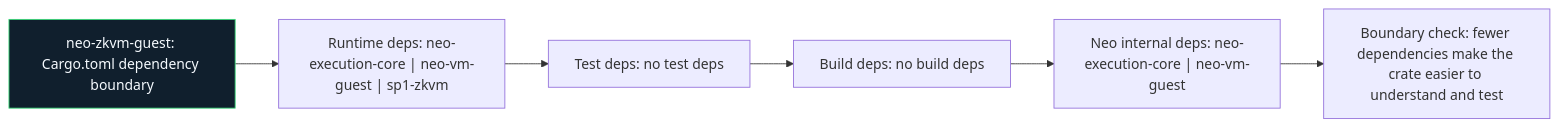
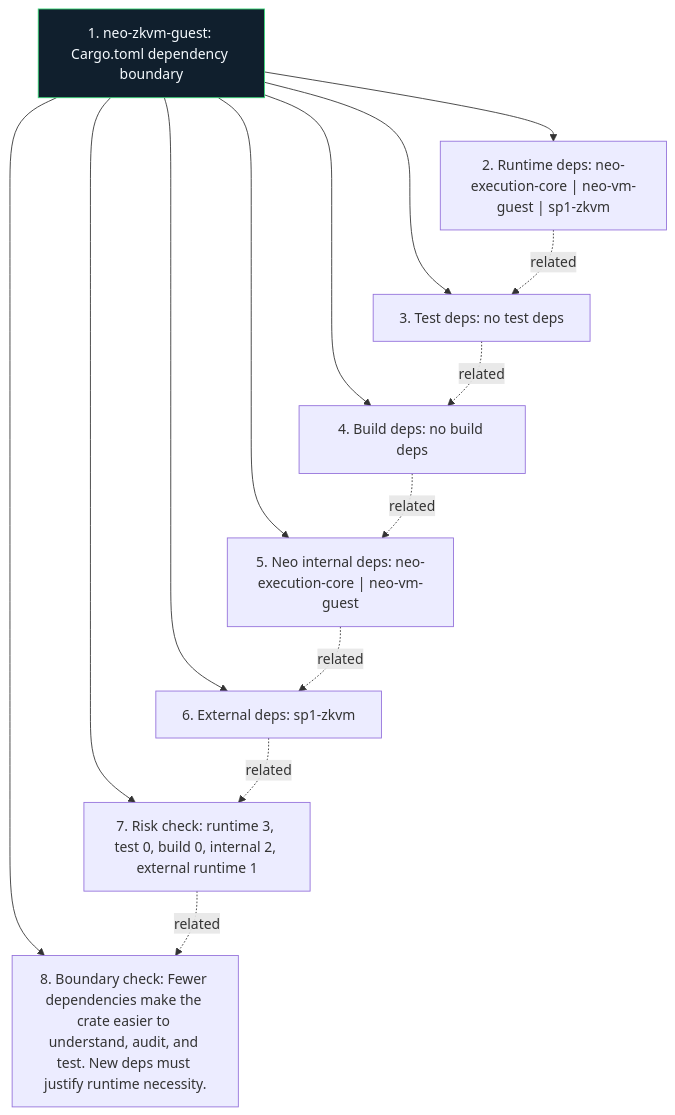
Before and after one commit to r3e-network/neo-n4: the diagram in bridge/neo-zkvm-guest/docs/figures/dependency-map.mmd, drawn with Mermaid. The commit also changed 355 other files, not shown here.

Commit message:
Deepen crate diagrams with source-aware atlas

```diff
--- a/bridge/neo-zkvm-guest/docs/figures/dependency-map.mmd
+++ b/bridge/neo-zkvm-guest/docs/figures/dependency-map.mmd
@@ -1,14 +1,24 @@
-flowchart LR
-    N1["neo-zkvm-guest: Cargo.toml dependency boundary"]
-    N2["Runtime deps: neo-execution-core | neo-vm-guest | sp1-zkvm"]
-    N3["Test deps: no test deps"]
-    N4["Build deps: no build deps"]
-    N5["Neo internal deps: neo-execution-core | neo-vm-guest"]
-    N6["Boundary check: fewer dependencies make the crate easier to understand and test"]
+flowchart TB
+    N1["1. neo-zkvm-guest: Cargo.toml dependency boundary"]
+    N2["2. Runtime deps: neo-execution-core | neo-vm-guest | sp1-zkvm"]
+    N3["3. Test deps: no test deps"]
+    N4["4. Build deps: no build deps"]
+    N5["5. Neo internal deps: neo-execution-core | neo-vm-guest"]
+    N6["6. External deps: sp1-zkvm"]
+    N7["7. Risk check: runtime 3, test 0, build 0, internal 2, external runtime 1"]
+    N8["8. Boundary check: Fewer dependencies make the crate easier to understand, audit, and test. New deps must justify runtime necessity."]
     N1 --> N2
-    N2 --> N3
-    N3 --> N4
-    N4 --> N5
-    N5 --> N6
+    N1 --> N3
+    N1 --> N4
+    N1 --> N5
+    N1 --> N6
+    N1 --> N7
+    N1 --> N8
+    N2 -. related .-> N3
+    N3 -. related .-> N4
+    N4 -. related .-> N5
+    N5 -. related .-> N6
+    N6 -. related .-> N7
+    N7 -. related .-> N8
     classDef crate fill:#101f2d,stroke:#38d978,color:#f6fbff
     class N1 crate
```
